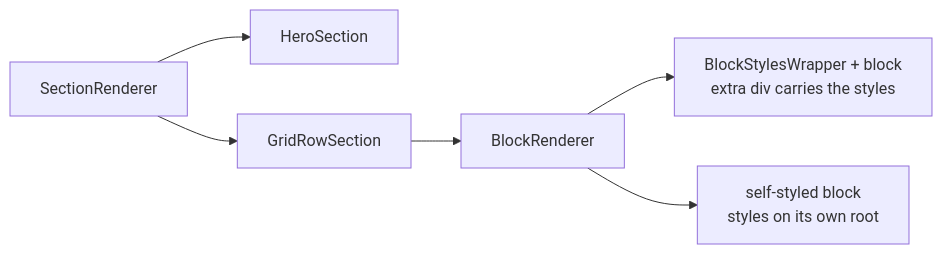
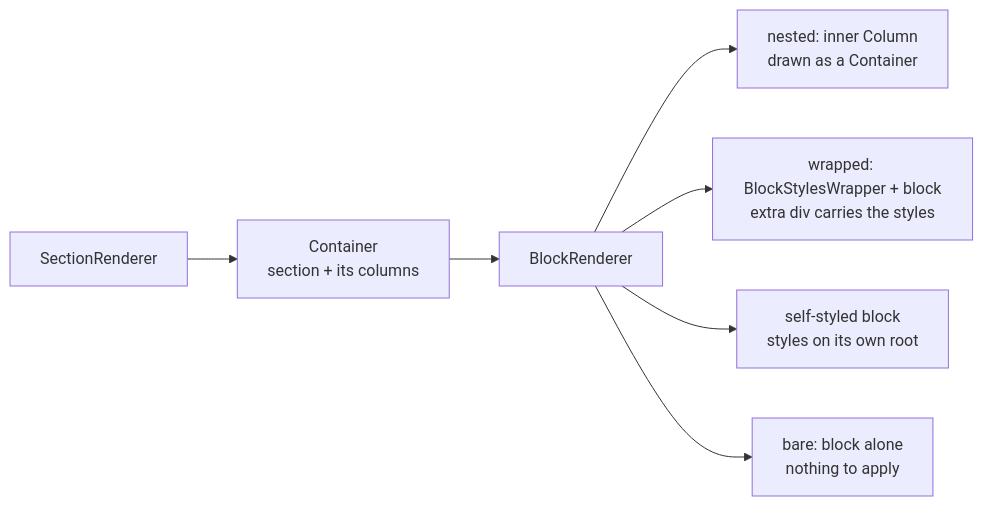
The third of 3 diagrams in ARCHITECTURE.md (rjimenez-rrd/sanity-astro-template), drawn with Mermaid before and after one commit. The commit also changed other lines of this file and 1 other file, not shown here.

Commit message:
docs: enhance architecture documentation with detailed render chain and routing diagrams

````diff
--- a/ARCHITECTURE.md
+++ b/ARCHITECTURE.md
@@ -85,8 +87,9 @@
 ```mermaid
 flowchart LR
-  SR[SectionRenderer] --> HS[HeroSection]
-  SR --> GRS[GridRowSection]
-  GRS --> BR[BlockRenderer]
-  BR --> W[BlockStylesWrapper + block<br/>extra div carries the styles]
+  SR[SectionRenderer] --> C[Container<br/>section + its columns]
+  C --> BR[BlockRenderer]
+  BR --> N[nested: inner Column<br/>drawn as a Container]
+  BR --> W[wrapped: BlockStylesWrapper + block<br/>extra div carries the styles]
   BR --> SS[self-styled block<br/>styles on its own root]
+  BR --> BA[bare: block alone<br/>nothing to apply]
 ```
````
